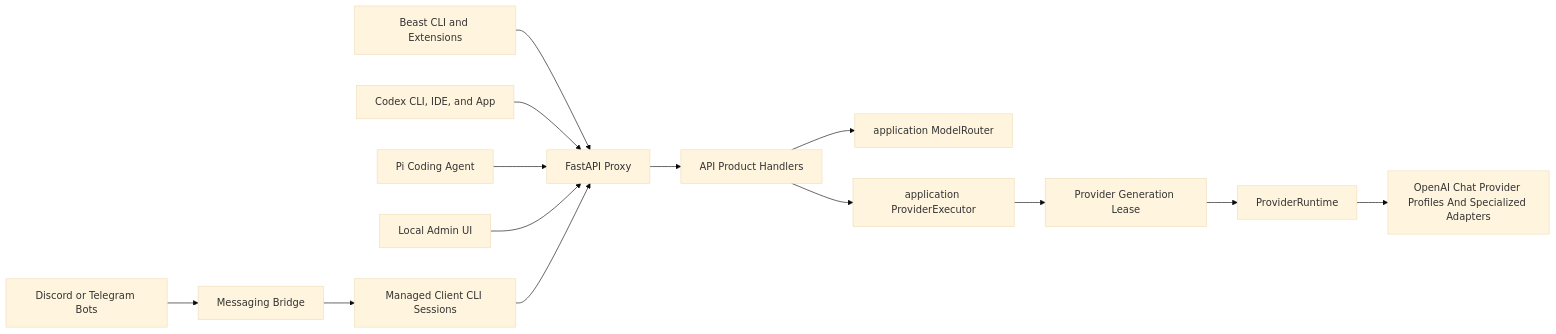
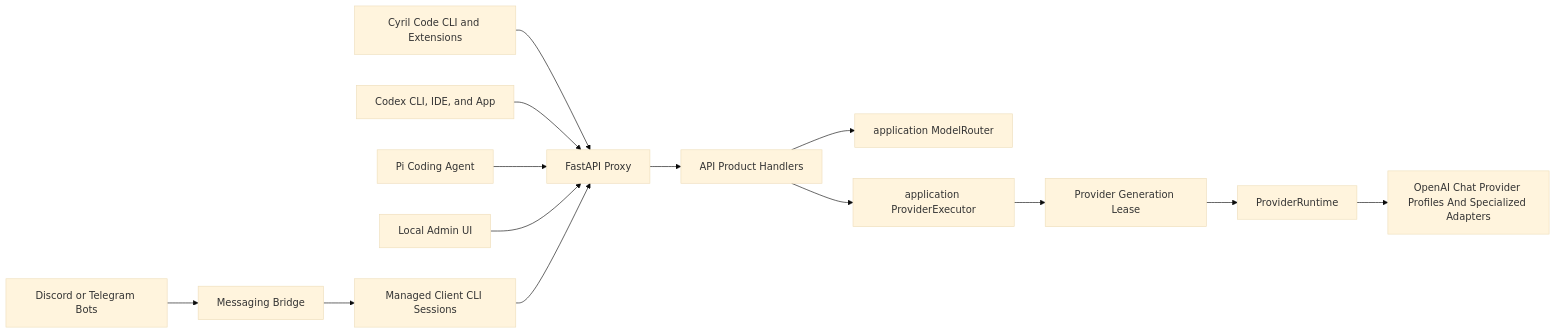
Before and after one commit to Cyrilthetecchieee/cyril-code-: the first of 3 diagrams in ARCHITECTURE.md, drawn with Mermaid (base theme). The commit also changed other lines of this file and 618 other files, not shown here.

Commit message:
Rebrand to Cyril Code

````diff
--- a/ARCHITECTURE.md
+++ b/ARCHITECTURE.md
@@ -27,16 +27,16 @@
 ```mermaid
 flowchart LR
-    ClaudeCode[Beast CLI and Extensions] --> ProxyAPI[FastAPI Proxy]
+    ClaudeCode[Cyril Code CLI and Extensions] --> ProxyAPI[FastAPI Proxy]
     Codex[Codex CLI, IDE, and App] --> ProxyAPI
     Pi[Pi Coding Agent] --> ProxyAPI
     AdminUI[Local Admin UI] --> ProxyAPI
     Bots[Discord or Telegram Bots] --> Messaging[Messaging Bridge]
     Messaging --> ClientCLI[Managed Client CLI Sessions]
     ClientCLI --> ProxyAPI
     ProxyAPI --> Handlers[API Product Handlers]
     Handlers --> Router[application ModelRouter]
     Handlers --> Executor[application ProviderExecutor]
     Executor --> Lease[Provider Generation Lease]
     Lease --> Providers[ProviderRuntime]
     Providers --> OpenAIChat[OpenAI Chat Provider Profiles And Specialized Adapters]
 ```
````
